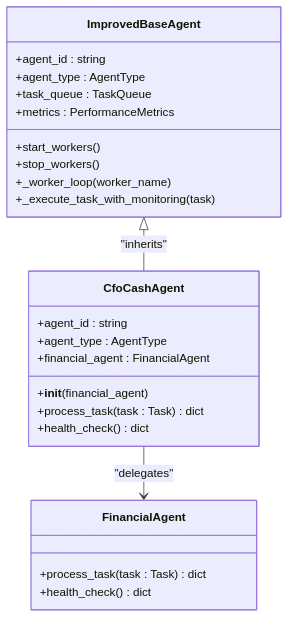
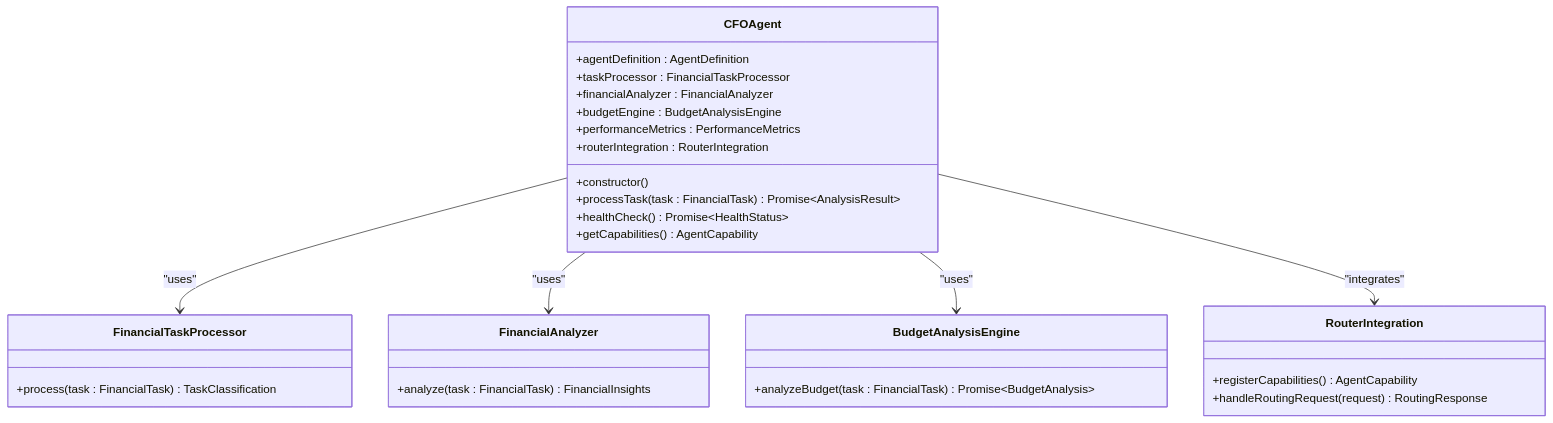
One commit to 371-Minds/os changed the first of 8 diagrams in .qoder/repowiki/en/content/Agent Ecosystem/C-Suite Agents/CFO Agent (Maya).md. Above: the diagram before and after it, drawn with Mermaid. The commit also changed other lines of this file and 8 other files, not shown here.

````diff
--- a/.qoder/repowiki/en/content/Agent Ecosystem/C-Suite Agents/CFO Agent (Maya).md
+++ b/.qoder/repowiki/en/content/Agent Ecosystem/C-Suite Agents/CFO Agent (Maya).md
@@ -62,27 +57,32 @@
 ```mermaid
 classDiagram
-class CfoCashAgent {
-+agent_id : string
-+agent_type : AgentType
-+financial_agent : FinancialAgent
-+__init__(financial_agent)
-+process_task(task : Task) dict
-+health_check() dict
+class CFOAgent {
++agentDefinition : AgentDefinition
++taskProcessor : FinancialTaskProcessor
++financialAnalyzer : FinancialAnalyzer
++budgetEngine : BudgetAnalysisEngine
++performanceMetrics : PerformanceMetrics
++routerIntegration : RouterIntegration
++constructor()
++processTask(task : FinancialTask) Promise~AnalysisResult~
++healthCheck() Promise~HealthStatus~
++getCapabilities() AgentCapability
 }
-class ImprovedBaseAgent {
-+agent_id : string
-+agent_type : AgentType
-+task_queue : TaskQueue
-+metrics : PerformanceMetrics
-+start_workers()
-+stop_workers()
-+_worker_loop(worker_name)
-+_execute_task_with_monitoring(task)
+class FinancialTaskProcessor {
++process(task : FinancialTask) TaskClassification
 }
-class FinancialAgent {
-+process_task(task : Task) dict
-+health_check() dict
+class FinancialAnalyzer {
++analyze(task : FinancialTask) FinancialInsights
 }
-ImprovedBaseAgent <|-- CfoCashAgent : "inherits"
-CfoCashAgent --> FinancialAgent : "delegates"
+class BudgetAnalysisEngine {
++analyzeBudget(task : FinancialTask) Promise~BudgetAnalysis~
+}
+class RouterIntegration {
++registerCapabilities() AgentCapability
++handleRoutingRequest(request) RoutingResponse
+}
+CFOAgent --> FinancialTaskProcessor : "uses"
+CFOAgent --> FinancialAnalyzer : "uses"
+CFOAgent --> BudgetAnalysisEngine : "uses"
+CFOAgent --> RouterIntegration : "integrates"
 ```
````
